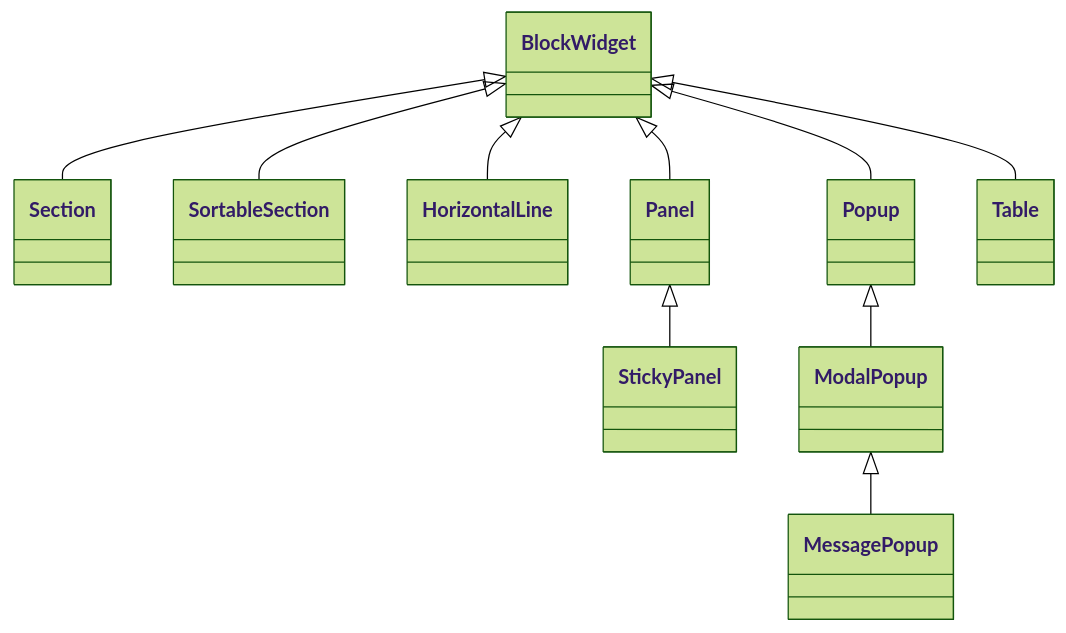
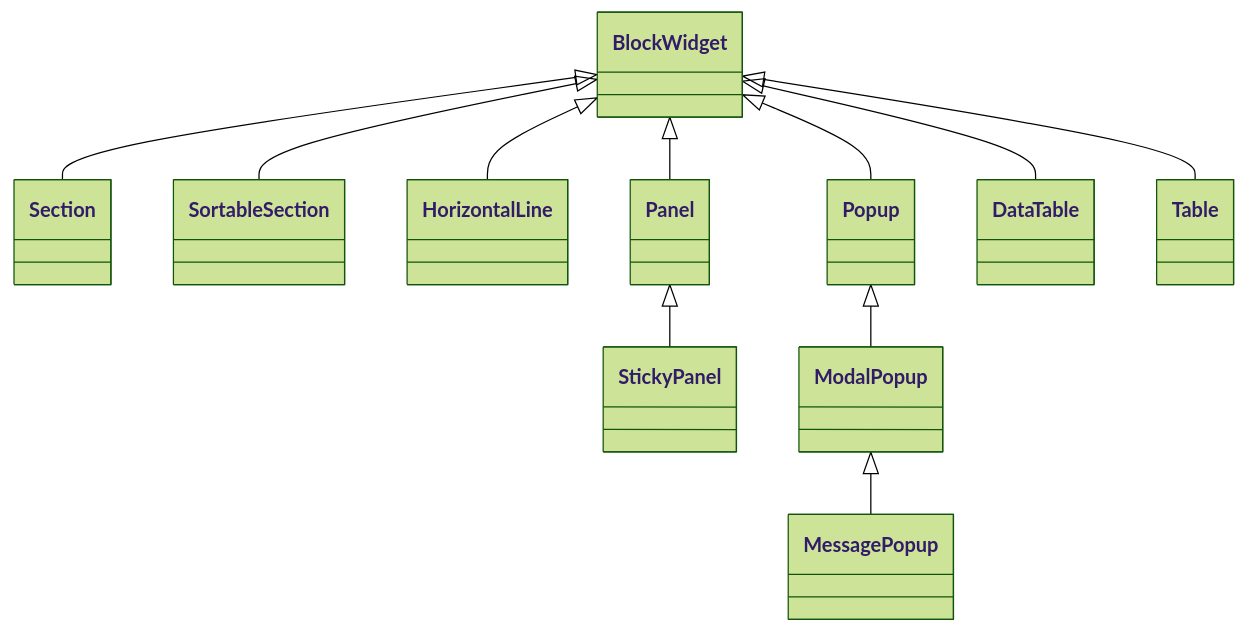
The second of 6 diagrams in docs/WIDGETS.md (kniazkov/widgets), drawn with Mermaid (forest theme) before and after one commit. The commit also changed other lines of this file and 24 other files, not shown here.

Commit message:
Add provider-backed DataTable with keyed pages and selection

````diff
--- a/docs/WIDGETS.md
+++ b/docs/WIDGETS.md
@@ -39,13 +39,14 @@
 ```mermaid
 classDiagram
     direction TB
     BlockWidget <|-- Section
     BlockWidget <|-- SortableSection
     BlockWidget <|-- HorizontalLine
     BlockWidget <|-- Panel
     Panel <|-- StickyPanel
     BlockWidget <|-- Popup
     Popup <|-- ModalPopup
     ModalPopup <|-- MessagePopup
+    BlockWidget <|-- DataTable
     BlockWidget <|-- Table
 ```
````
